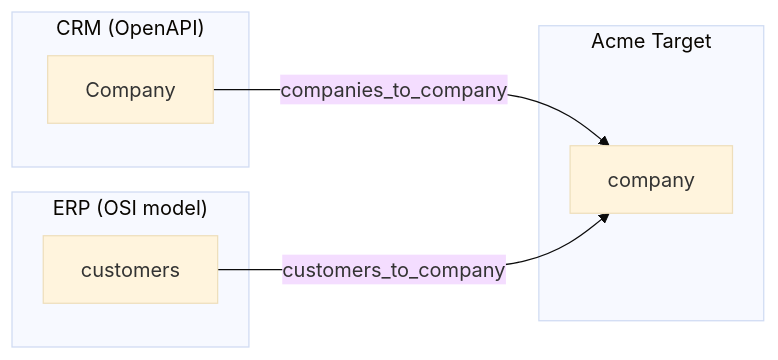
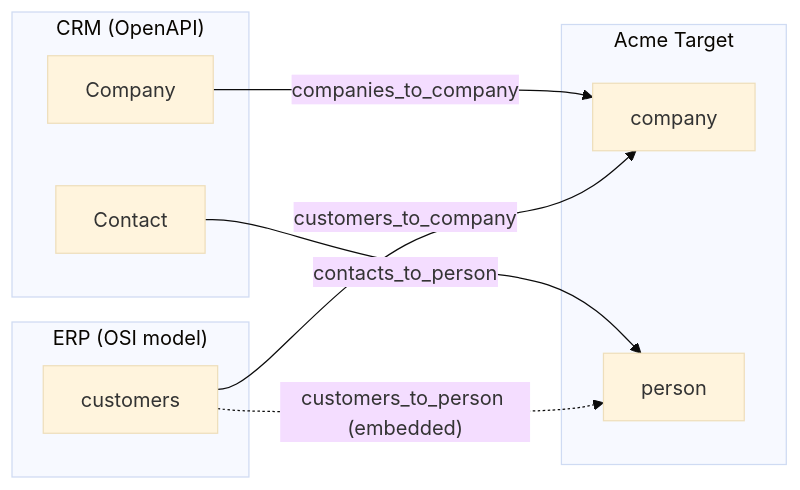
One commit to BaardBouvet/OSI-mapping changed the diagram in example/README.md. Above: the diagram before and after it, drawn with Mermaid (base theme). The commit also changed other lines of this file and 6 other files, not shown here.

````diff
--- a/example/README.md
+++ b/example/README.md
@@ -18,17 +18,21 @@
 ```mermaid
 graph LR
     subgraph CRM["CRM (OpenAPI)"]
         crm_companies[Company]
+        crm_contacts[Contact]
     end
 
     subgraph ERP["ERP (OSI model)"]
         erp_customers[customers]
     end
 
     subgraph ACME["Acme Target"]
         company[company]
+        person[person]
     end
 
     crm_companies -->|companies_to_company| company
+    crm_contacts -->|contacts_to_person| person
     erp_customers -->|customers_to_company| company
+    erp_customers -.->|"customers_to_person (embedded)"| person
 ```
````
